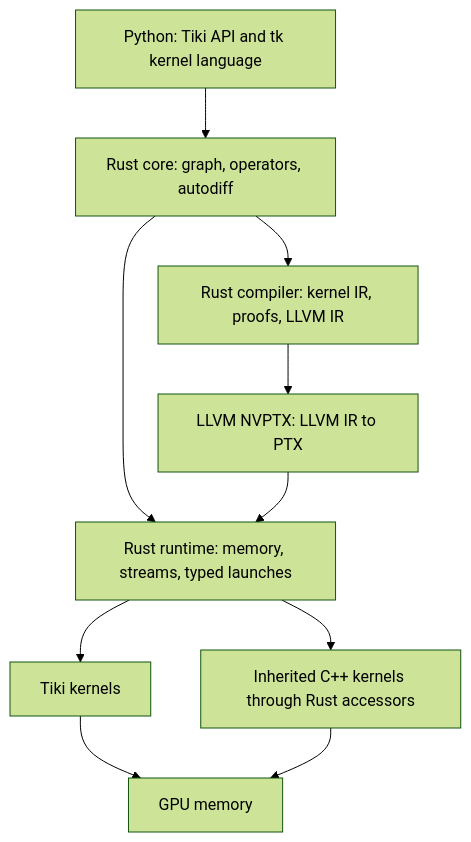
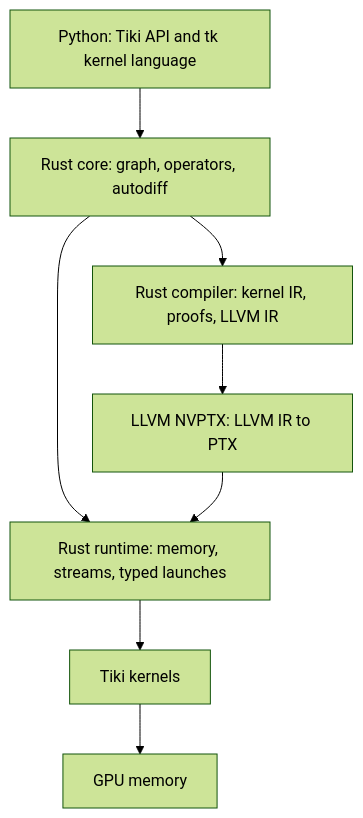
Before and after one commit to dedalus-labs/tiki: the diagram in experiments/rust_backend/DECISION-2026-09-05.md, drawn with Mermaid (forest theme). The commit also changed other lines of this file and 3 other files, not shown here.

````diff
--- a/experiments/rust_backend/DECISION-2026-09-05.md
+++ b/experiments/rust_backend/DECISION-2026-09-05.md
@@ -72,12 +82,10 @@
 ```mermaid
 flowchart TB
     python[Python: Tiki API and tk kernel language] --> core[Rust core: graph, operators, autodiff]
     core --> compiler[Rust compiler: kernel IR, proofs, LLVM IR]
     compiler --> nvvm[LLVM NVPTX: LLVM IR to PTX]
     core --> runtime[Rust runtime: memory, streams, typed launches]
     nvvm --> runtime
     runtime --> kernels[Tiki kernels]
-    runtime --> legacy[Inherited C++ kernels through Rust accessors]
     kernels --> gpu[GPU memory]
-    legacy --> gpu
 ```
````
